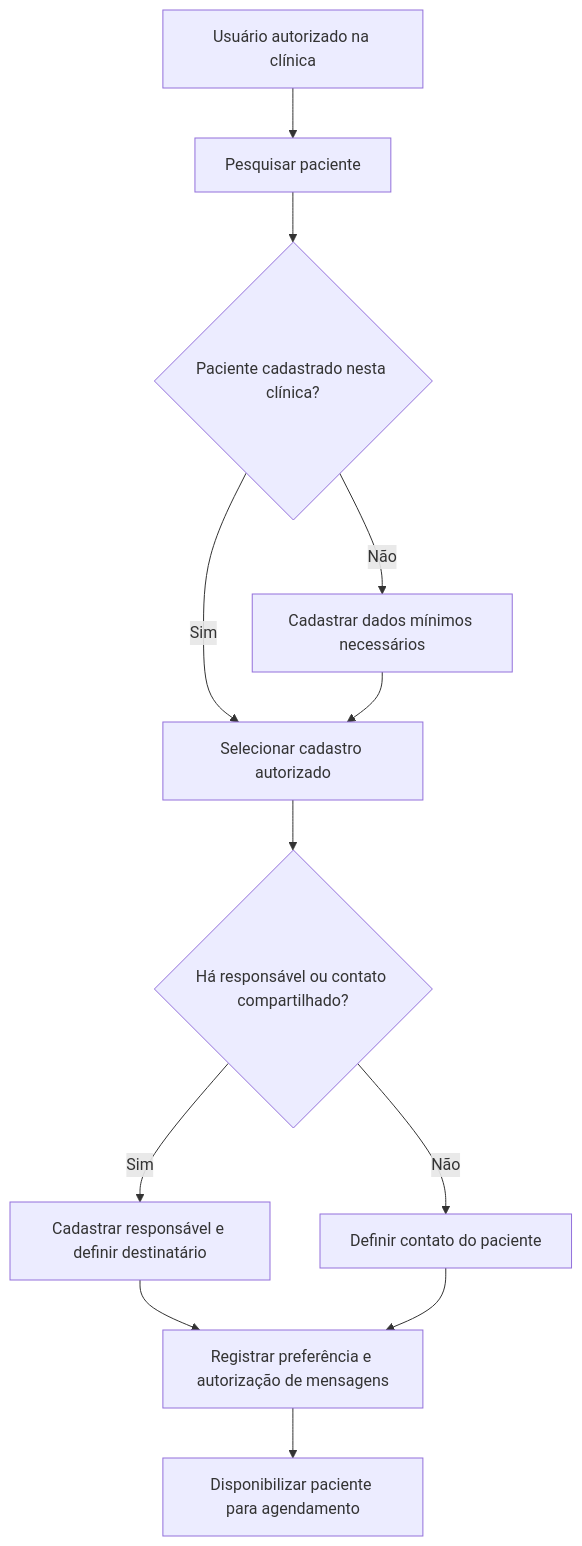
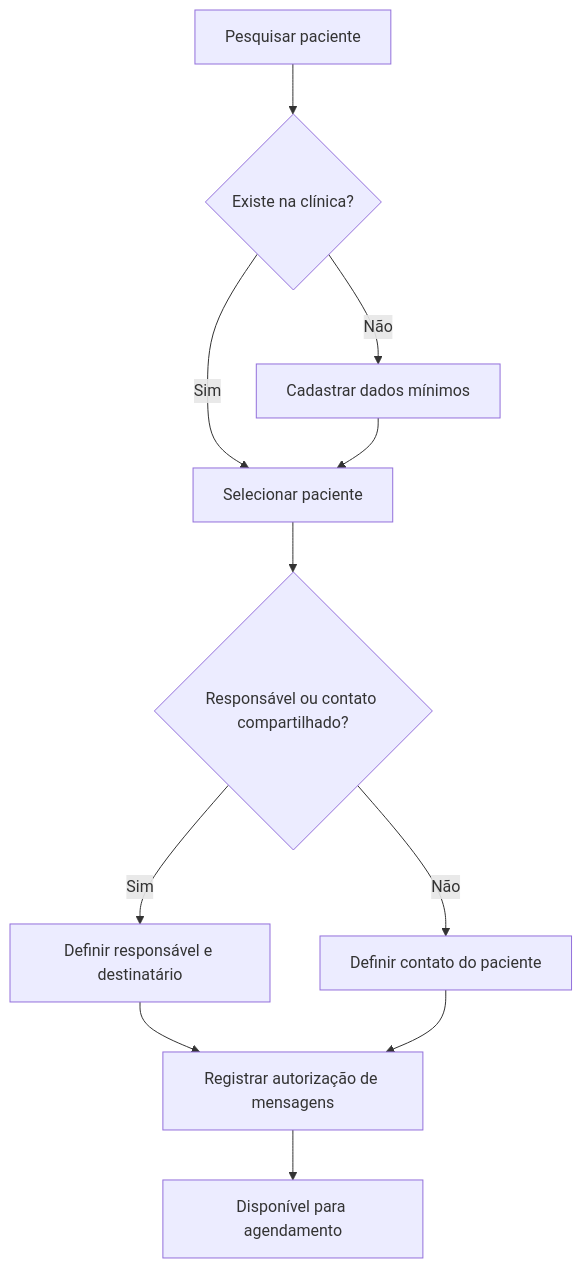
Before and after one commit to ArthurSarva/IntegraConsultas: the second of 9 diagrams in docs/fluxograma-sistema.md, drawn with Mermaid. The commit also changed other lines of this file, not shown here.

````diff
--- a/docs/fluxograma-sistema.md
+++ b/docs/fluxograma-sistema.md
@@ -41,14 +42,13 @@
 ```mermaid
 flowchart TD
-    A["Usuário autorizado na clínica"] --> B["Pesquisar paciente"]
-    B --> C{"Paciente cadastrado nesta clínica?"}
-    C -->|Sim| D["Selecionar cadastro autorizado"]
-    C -->|Não| E["Cadastrar dados mínimos necessários"]
-    E --> D
-    D --> F{"Há responsável ou contato compartilhado?"}
-    F -->|Sim| G["Cadastrar responsável e definir destinatário"]
-    F -->|Não| H["Definir contato do paciente"]
-    G --> I["Registrar preferência e autorização de mensagens"]
-    H --> I
-    I --> J["Disponibilizar paciente para agendamento"]
+ A["Pesquisar paciente"] --> B{"Existe na clínica?"}
+ B -->|Não| C["Cadastrar dados mínimos"]
+ B -->|Sim| D["Selecionar paciente"]
+ C --> D
+ D --> E{"Responsável ou contato compartilhado?"}
+ E -->|Sim| F["Definir responsável e destinatário"]
+ E -->|Não| G["Definir contato do paciente"]
+ F --> H["Registrar autorização de mensagens"]
+ G --> H
+ H --> I["Disponível para agendamento"]
 ```
````
